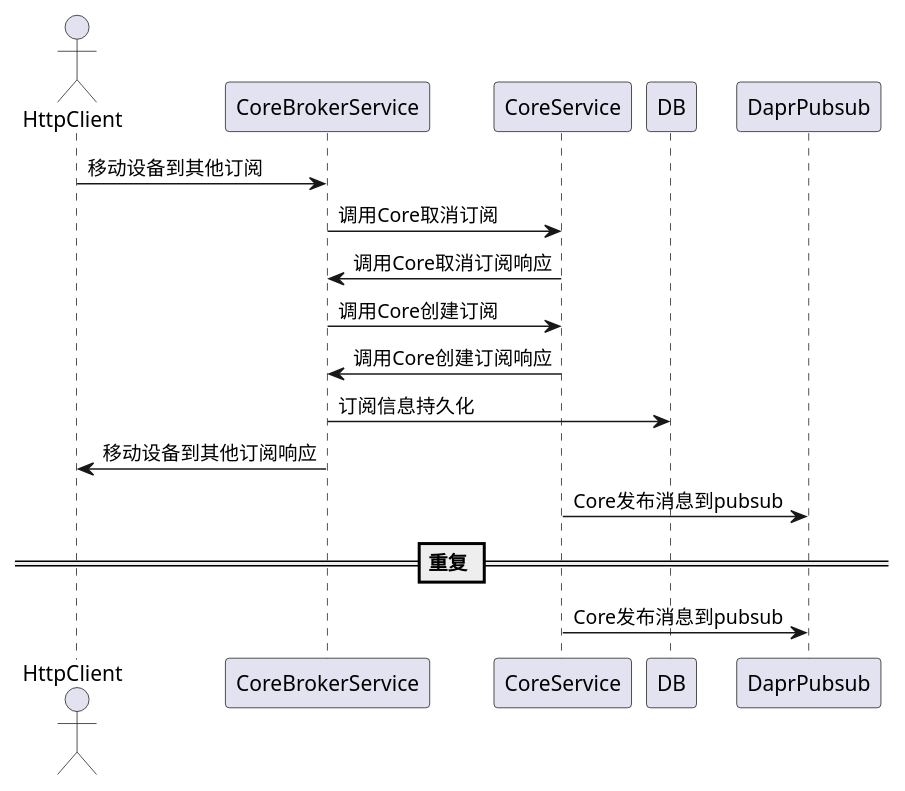
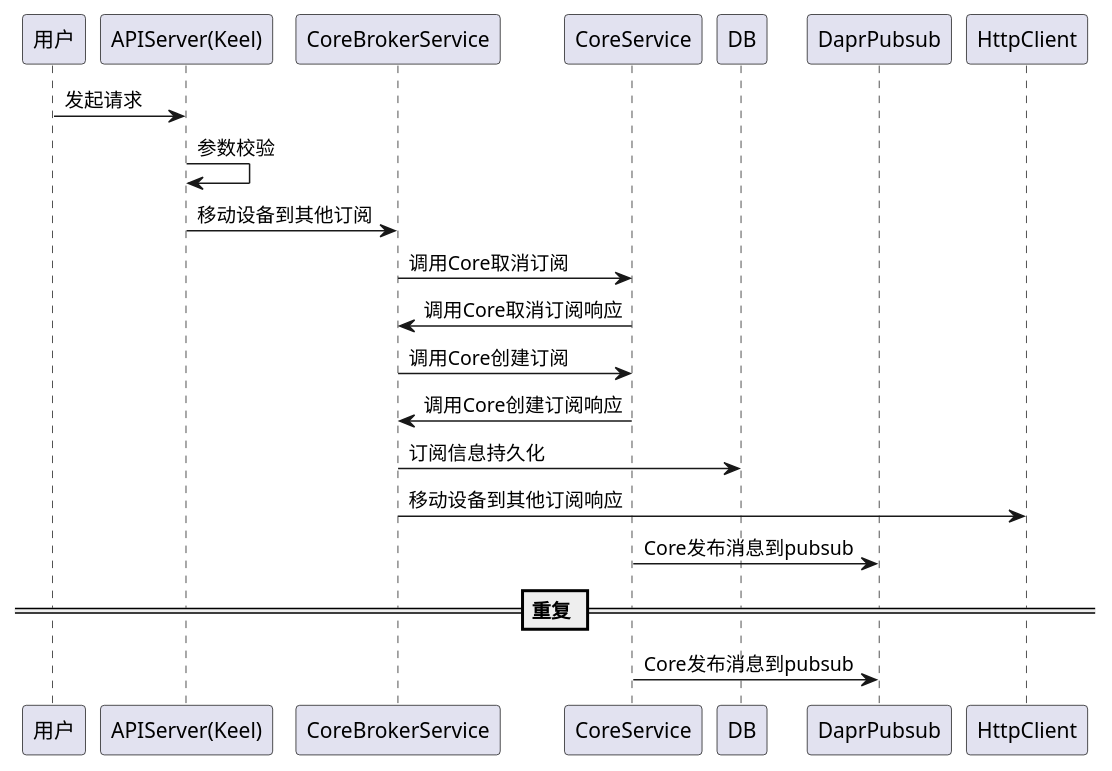
The fourth of 9 diagrams in docs/api/appendix/plantuml/core_broker.md (tkeel-io/docs), drawn with PlantUML before and after one commit. The commit also changed other lines of this file and 2 other files, not shown here.

````diff
--- a/docs/api/appendix/plantuml/core_broker.md
+++ b/docs/api/appendix/plantuml/core_broker.md
@@ -46,20 +55,23 @@
 ```plantuml
 @startuml
-actor HttpClient
+participant "用户" as user
+participant "APIServer(Keel)"  as keel
 participant CoreBrokerService
 participant CoreService
 participant DB
 participant DaprPubsub
 
-HttpClient->CoreBrokerService:移动设备到其他订阅
+user->keel: 发起请求
+keel->keel: 参数校验
+keel->CoreBrokerService:移动设备到其他订阅
 CoreBrokerService->CoreService:调用Core取消订阅
 CoreBrokerService<-CoreService:调用Core取消订阅响应
 CoreBrokerService->CoreService:调用Core创建订阅
 CoreBrokerService<-CoreService:调用Core创建订阅响应
 CoreBrokerService->DB:订阅信息持久化
 HttpClient<-CoreBrokerService:移动设备到其他订阅响应
 CoreService->DaprPubsub:Core发布消息到pubsub
 == 重复 ==
 CoreService->DaprPubsub:Core发布消息到pubsub
 @enduml
 ```
````
